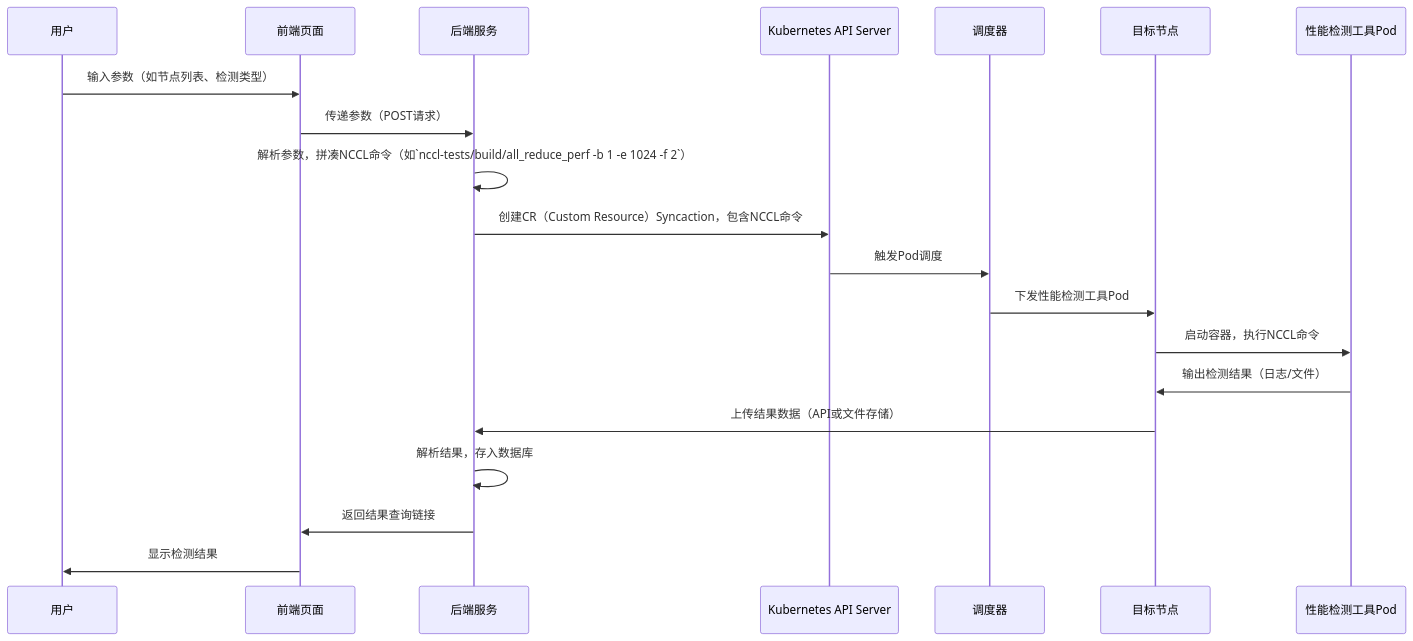
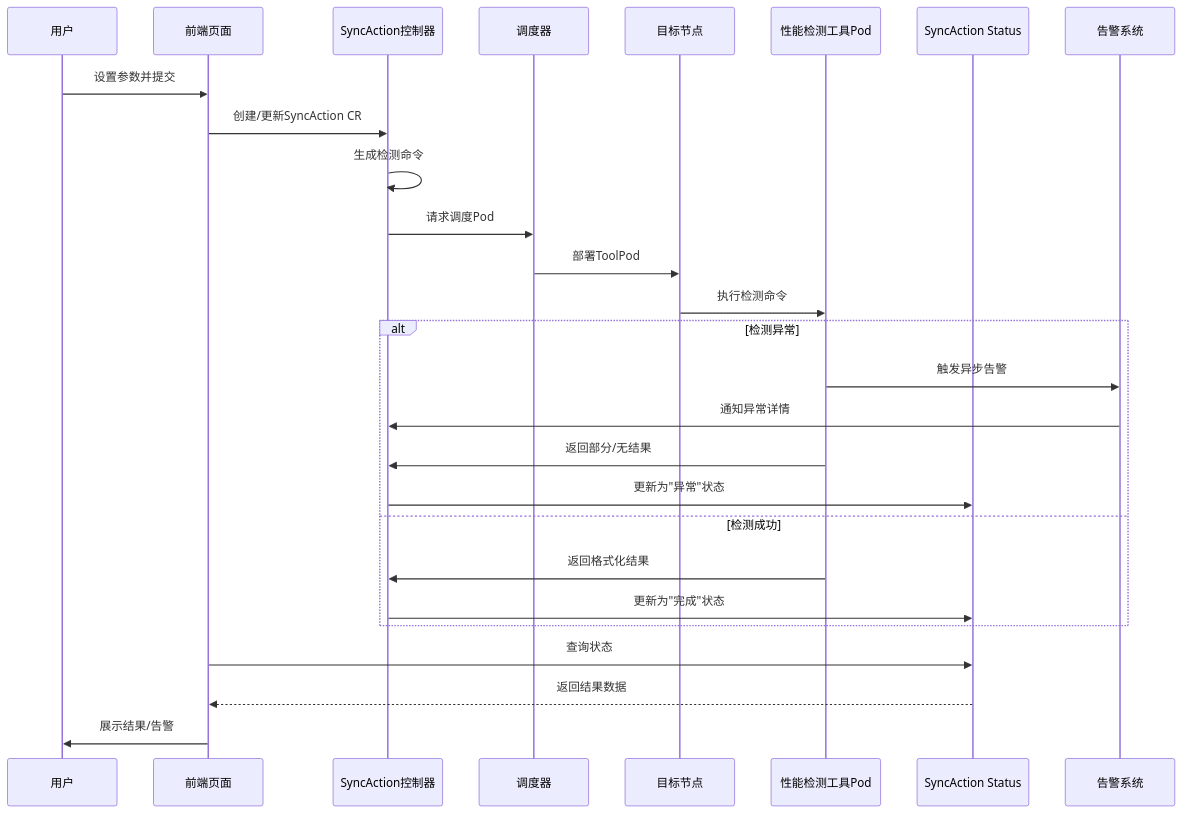
One commit to sea-wyq/WyqLogs changed the diagram in 方案设计/一键通信检测方案设计/一键通信检测方案设计.md. Above: the diagram before and after it, drawn with Mermaid. The commit also changed other lines of this file and 6 other files, not shown here.

````diff
--- a/方案设计/一键通信检测方案设计/一键通信检测方案设计.md
+++ b/方案设计/一键通信检测方案设计/一键通信检测方案设计.md
@@ -94,23 +70,32 @@
 ```mermaid
 sequenceDiagram
-    participant 用户
-    participant 前端页面
-    participant 后端服务
-    participant Kubernetes API Server
-    participant 调度器
-    participant 目标节点
-    participant 性能检测工具Pod
+    participant User as 用户
+    participant UI as 前端页面
+    participant Controller as SyncAction控制器
+    participant Scheduler as 调度器
+    participant Node as 目标节点
+    participant ToolPod as 性能检测工具Pod
+    participant Status as SyncAction Status
+    participant Alert as 告警系统
     
-    用户->>前端页面: 输入参数（如节点列表、检测类型）
-    前端页面->>后端服务: 传递参数（POST请求）
-    后端服务->>后端服务: 解析参数，拼凑NCCL命令（如`nccl-tests/build/all_reduce_perf -b 1 -e 1024 -f 2`）
-    后端服务->>Kubernetes API Server: 创建CR（Custom Resource）Syncaction，包含NCCL命令
-    Kubernetes API Server->>调度器: 触发Pod调度
-    调度器->>目标节点: 下发性能检测工具Pod
-    目标节点->>性能检测工具Pod: 启动容器，执行NCCL命令
-    性能检测工具Pod->>目标节点: 输出检测结果（日志/文件）
-    目标节点->>后端服务: 上传结果数据（API或文件存储）
-    后端服务->>后端服务: 解析结果，存入数据库
-    后端服务->>前端页面: 返回结果查询链接
-    前端页面->>用户: 显示检测结果
+    User->>UI: 设置参数并提交
+    UI->>Controller: 创建/更新SyncAction CR
+    Controller->>Controller: 生成检测命令
+    Controller->>Scheduler: 请求调度Pod
+    Scheduler->>Node: 部署ToolPod
+    Node->>ToolPod: 执行检测命令
+    
+    alt 检测异常
+        ToolPod->>Alert: 触发异步告警
+        Alert->>Controller: 通知异常详情
+        ToolPod->>Controller: 返回部分/无结果
+        Controller->>Status: 更新为"异常"状态
+    else 检测成功
+        ToolPod->>Controller: 返回格式化结果
+        Controller->>Status: 更新为"完成"状态
+    end
+    
+    UI->>Status: 查询状态
+    Status-->>UI: 返回结果数据
+    UI->>User: 展示结果/告警
 ```
````
